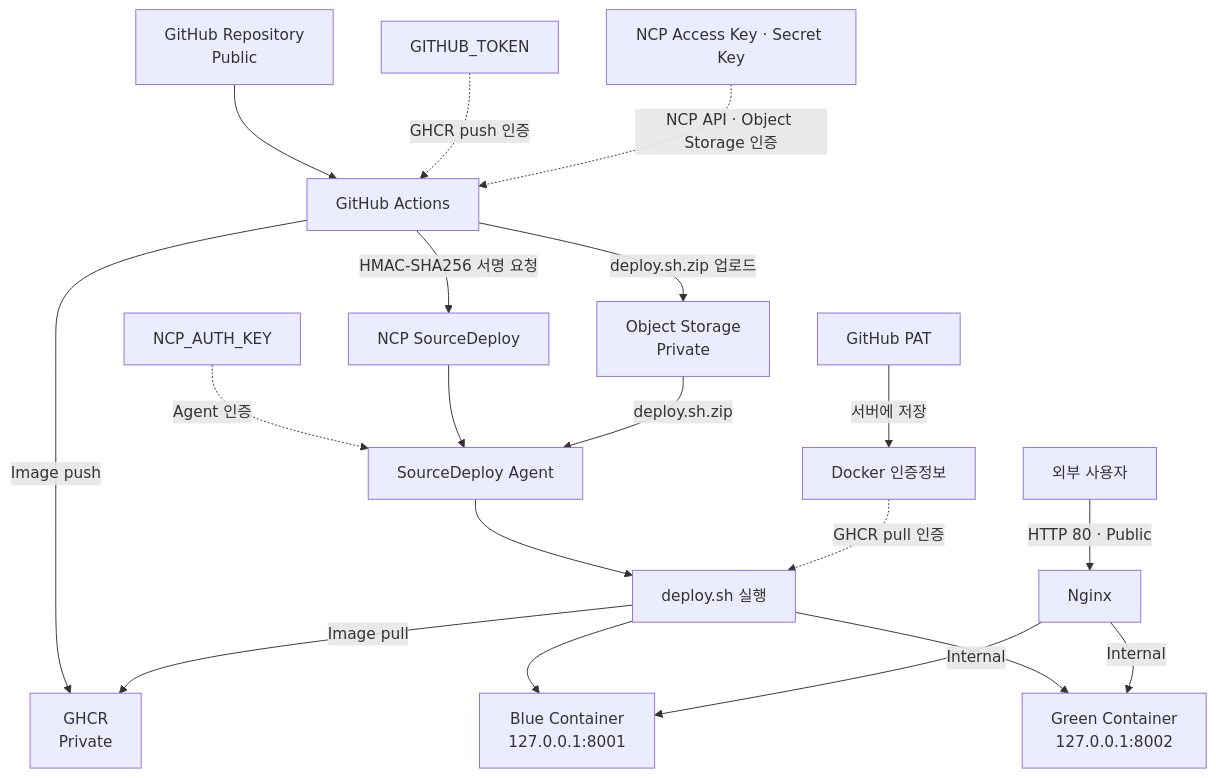
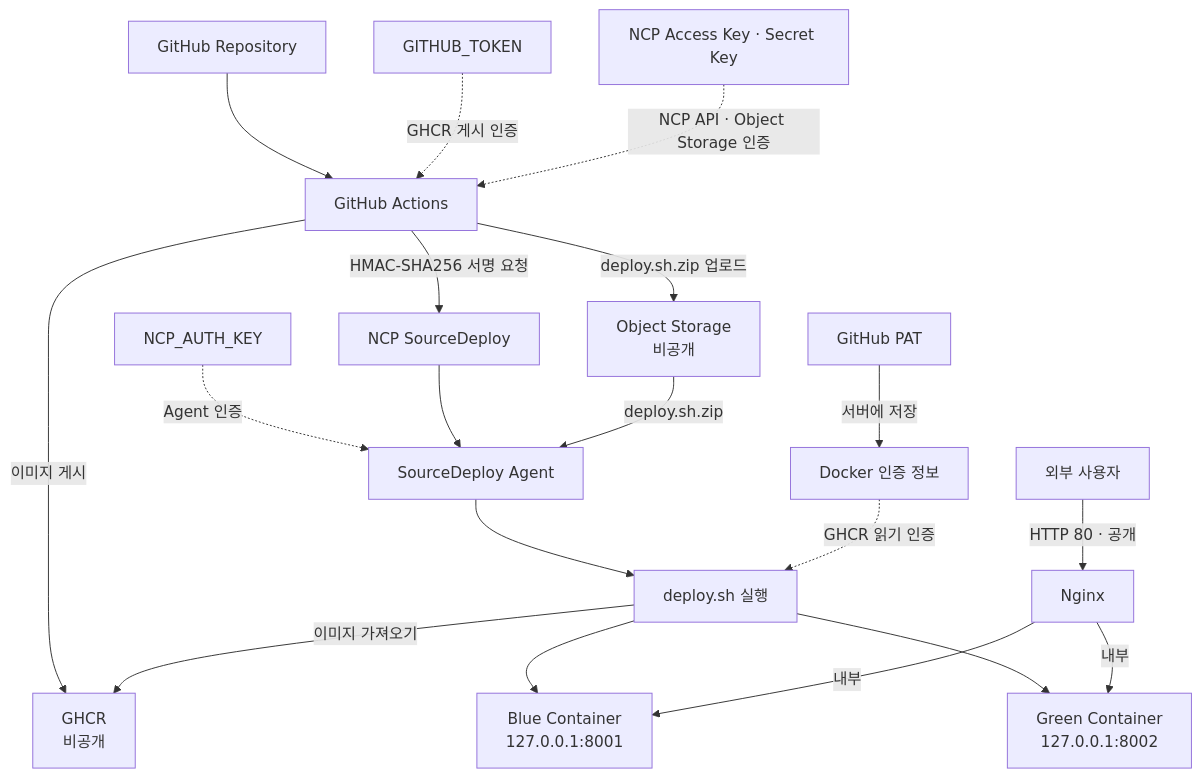
Before and after one commit to yoondv/ncp-lab: the second of 2 diagrams in README.md, drawn with Mermaid. The commit also changed other lines of this file and 4 other files, not shown here.

````diff
--- a/README.md
+++ b/README.md
@@ -156,26 +152,26 @@
 ```mermaid
 flowchart TB
-    REPO["GitHub Repository<br/>Public"] --> ACTIONS[GitHub Actions]
+    REPO["GitHub Repository"] --> ACTIONS[GitHub Actions]
 
-    TOKEN["GITHUB_TOKEN"] -.->|GHCR push 인증| ACTIONS
+    TOKEN["GITHUB_TOKEN"] -.->|GHCR 게시 인증| ACTIONS
     SECRETS["NCP Access Key · Secret Key"] -.->|NCP API · Object Storage 인증| ACTIONS
 
-    ACTIONS -->|Image push| GHCR["GHCR<br/>Private"]
-    ACTIONS -->|deploy.sh.zip 업로드| STORAGE["Object Storage<br/>Private"]
+    ACTIONS -->|이미지 게시| GHCR["GHCR<br/>비공개"]
+    ACTIONS -->|deploy.sh.zip 업로드| STORAGE["Object Storage<br/>비공개"]
     ACTIONS -->|HMAC-SHA256 서명 요청| SD["NCP SourceDeploy"]
 
     AUTH["NCP_AUTH_KEY"] -.->|Agent 인증| AGENT[SourceDeploy Agent]
     SD --> AGENT
     STORAGE -->|deploy.sh.zip| AGENT
 
     AGENT --> SCRIPT[deploy.sh 실행]
-    PAT["GitHub PAT"] -->|서버에 저장| DOCKER_AUTH["Docker 인증정보"]
-    DOCKER_AUTH -.->|GHCR pull 인증| SCRIPT
-    SCRIPT -->|Image pull| GHCR
+    PAT["GitHub PAT"] -->|서버에 저장| DOCKER_AUTH["Docker 인증 정보"]
+    DOCKER_AUTH -.->|GHCR 읽기 인증| SCRIPT
+    SCRIPT -->|이미지 가져오기| GHCR
     SCRIPT --> BLUE["Blue Container<br/>127.0.0.1:8001"]
     SCRIPT --> GREEN["Green Container<br/>127.0.0.1:8002"]
 
-    USER[외부 사용자] -->|HTTP 80 · Public| NGINX[Nginx]
-    NGINX -->|Internal| BLUE
-    NGINX -->|Internal| GREEN
+    USER[외부 사용자] -->|HTTP 80 · 공개| NGINX[Nginx]
+    NGINX -->|내부| BLUE
+    NGINX -->|내부| GREEN
 ```
````
